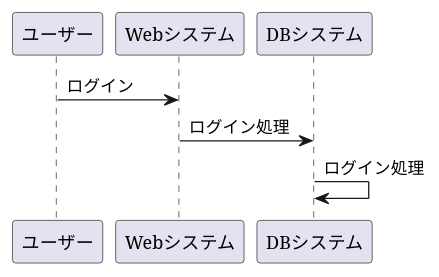
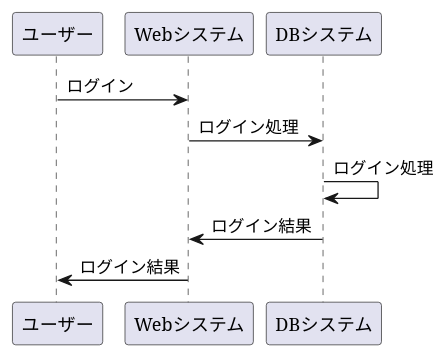
Before and after one commit to aso2112233/2021sys-design: the diagram in flow1.md, drawn with PlantUML.

````diff
--- a/flow1.md
+++ b/flow1.md
@@ -1,7 +1,9 @@
 ```uml
 @startuml
 ユーザー -> Webシステム :ログイン
 Webシステム -> DBシステム :ログイン処理
 DBシステム -> DBシステム :ログイン処理
+Webシステム <- DBシステム :ログイン結果
+ユーザー <- Webシステム :ログイン結果
 @enduml
 ```
````
